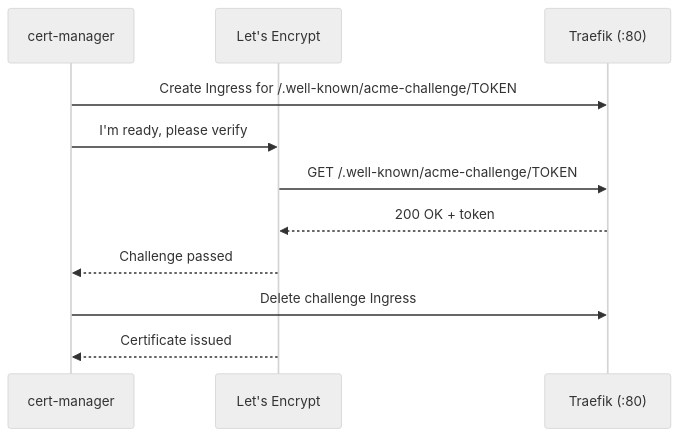
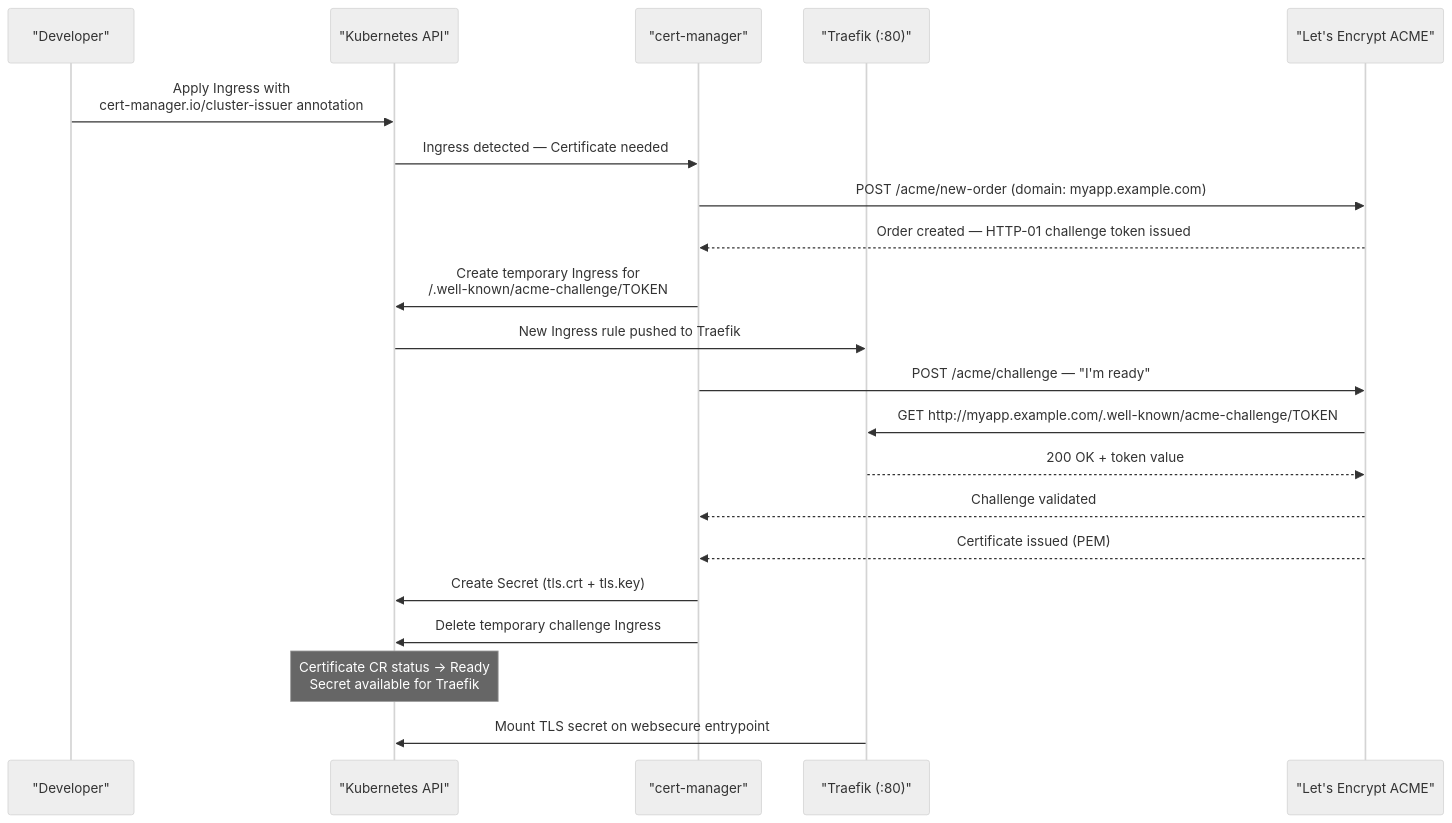
Before and after one commit to UncleJS/course_k3s: the second of 3 diagrams in 07_ingress_and_tls/03_cert_manager_lets_encrypt.md, drawn with Mermaid (neutral theme). The commit also changed other lines of this file and 45 other files, not shown here.

First line of the commit message:
Expand all course lessons: Mermaid diagrams + rich prose across 43 files

````diff
--- a/07_ingress_and_tls/03_cert_manager_lets_encrypt.md
+++ b/07_ingress_and_tls/03_cert_manager_lets_encrypt.md
@@ -160,14 +170,24 @@
 ```mermaid
 sequenceDiagram
-    participant CM as cert-manager
-    participant LE as Let's Encrypt
-    participant T as Traefik (:80)
+    participant Dev as "Developer"
+    participant K8S as "Kubernetes API"
+    participant CM as "cert-manager"
+    participant T as "Traefik (:80)"
+    participant LE as "Let's Encrypt ACME"
 
-    CM->>T: Create Ingress for /.well-known/acme-challenge/TOKEN
-    CM->>LE: I'm ready, please verify
-    LE->>T: GET /.well-known/acme-challenge/TOKEN
-    T-->>LE: 200 OK + token
-    LE-->>CM: Challenge passed
-    CM->>T: Delete challenge Ingress
-    LE-->>CM: Certificate issued
+    Dev->>K8S: Apply Ingress with<br/>cert-manager.io/cluster-issuer annotation
+    K8S->>CM: Ingress detected — Certificate needed
+    CM->>LE: POST /acme/new-order (domain: myapp.example.com)
+    LE-->>CM: Order created — HTTP-01 challenge token issued
+    CM->>K8S: Create temporary Ingress for<br/>/.well-known/acme-challenge/TOKEN
+    K8S->>T: New Ingress rule pushed to Traefik
+    CM->>LE: POST /acme/challenge — "I'm ready"
+    LE->>T: GET http://myapp.example.com/.well-known/acme-challenge/TOKEN
+    T-->>LE: 200 OK + token value
+    LE-->>CM: Challenge validated
+    LE-->>CM: Certificate issued (PEM)
+    CM->>K8S: Create Secret (tls.crt + tls.key)
+    CM->>K8S: Delete temporary challenge Ingress
+    Note over K8S: Certificate CR status → Ready<br/>Secret available for Traefik
+    T->>K8S: Mount TLS secret on websecure entrypoint
 ```
````
